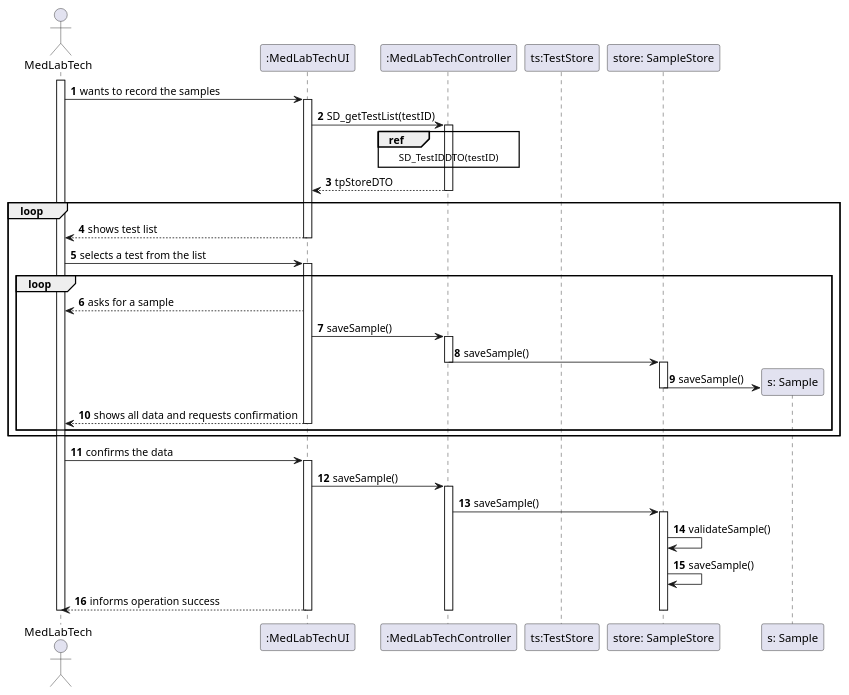
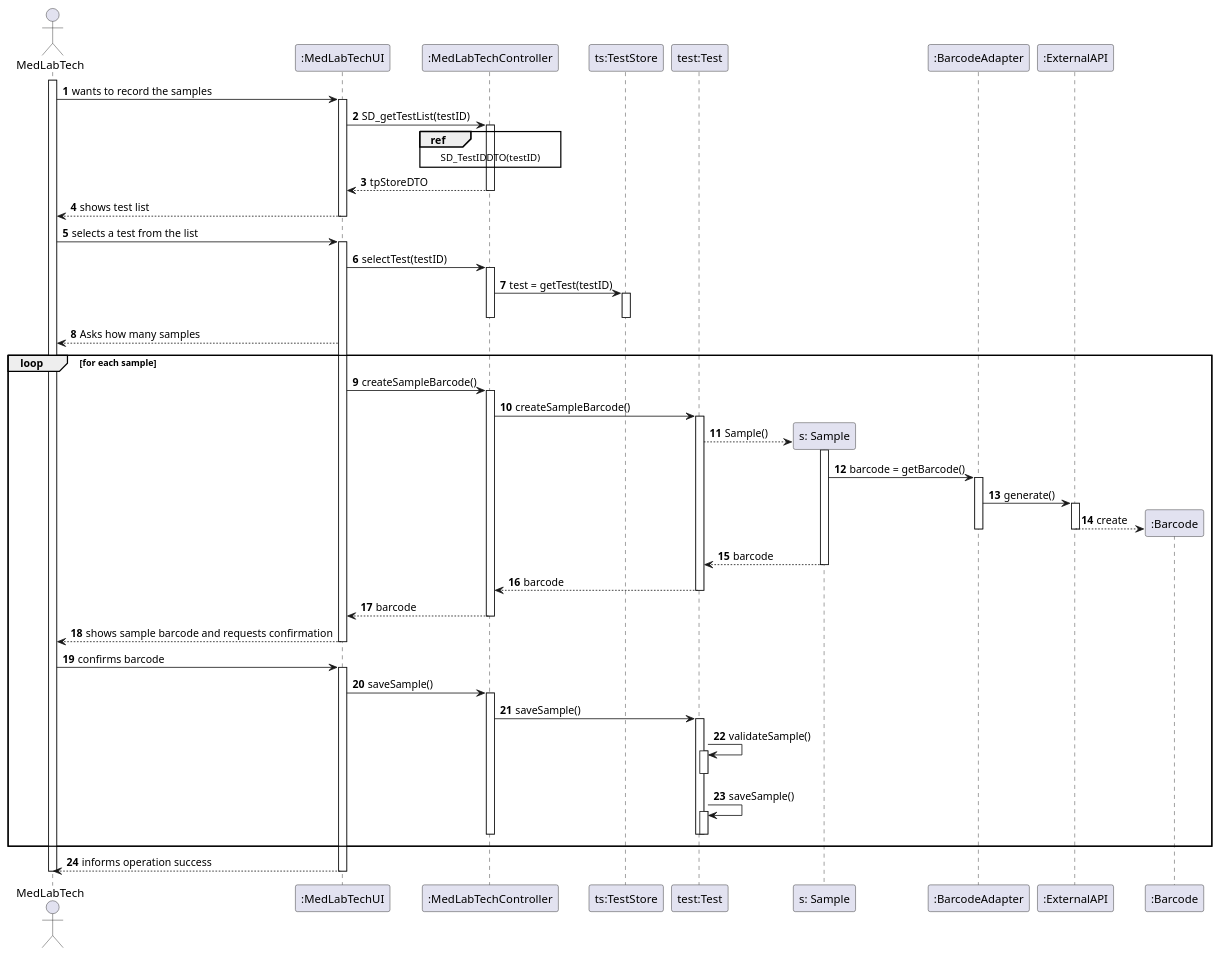
Before and after one commit to MarianaCLages/LAPR2: the diagram in docs/SprintC/US05/US5_SD.puml, drawn with PlantUML. The commit also changed 1 other file, not shown here.

```diff
--- a/docs/SprintC/US05/US5_SD.puml
+++ b/docs/SprintC/US05/US5_SD.puml
@@ -1,53 +1,78 @@
 @startuml
 autonumber
 actor MedLabTech as MLT
 participant ":MedLabTechUI" as UI
 participant ":MedLabTechController" as CTRL
 participant "ts:TestStore" as TT
-participant "store: SampleStore" as STO
+participant "test:Test" as t
 participant "s: Sample" as S
+participant ":BarcodeAdapter" as Bc
+participant ":ExternalAPI" as Ea
+participant ":Barcode" as Bar
 
 activate MLT
 MLT -> UI: wants to record the samples
 activate UI
 UI -> CTRL : SD_getTestList(testID)
 ref over CTRL: SD_TestIDDTO(testID)
 activate CTRL
 CTRL --> UI: tpStoreDTO
 deactivate CTRL
-loop
+
 UI --> MLT: shows test list
 deactivate UI
 MLT -> UI: selects a test from the list
 activate UI
-loop
-UI --> MLT: asks for a sample
-UI -> CTRL: saveSample()
+UI -> CTRL: selectTest(testID)
 activate CTRL
-CTRL -> STO: saveSample()
+CTRL -> TT:test = getTest(testID)
+activate TT
+deactivate
+deactivate
+UI --> MLT: Asks how many samples
+loop for each sample
+UI -> CTRL: createSampleBarcode()
+activate CTRL
+CTRL -> t: createSampleBarcode()
+activate t
+t --> S**: Sample()
+activate S
+S -> Bc: barcode = getBarcode()
+activate Bc
+Bc -> Ea: generate()
+activate Ea
+Ea --> Bar** :create
+deactivate Ea
+deactivate Bc
+return barcode
+return barcode
+return barcode
+deactivate S
+deactivate t
 deactivate CTRL
-activate STO
-STO -> S**: saveSample()
-deactivate STO
-UI --> MLT: shows all data and requests confirmation
+
+UI --> MLT: shows sample barcode and requests confirmation
 deactivate UI
-end
-end
+
 deactivate UI
-deactivate STO
 deactivate CTRL
 deactivate CTRL
-MLT -> UI: confirms the data
+MLT -> UI: confirms barcode
 activate UI
 UI -> CTRL: saveSample()
 activate CTRL
-CTRL -> STO: saveSample()
-activate STO
-STO -> STO: validateSample()
-STO -> STO: saveSample()
+CTRL -> t: saveSample()
+activate t
+t -> t: validateSample()
+activate t
+deactivate
+t -> t: saveSample()
+activate t
+deactivate
+deactivate t
+deactivate CTRL
+end
 UI --> MLT: informs operation success
-deactivate STO
-deactivate CTRL
 deactivate UI
 deactivate MLT
 @enduml
```
